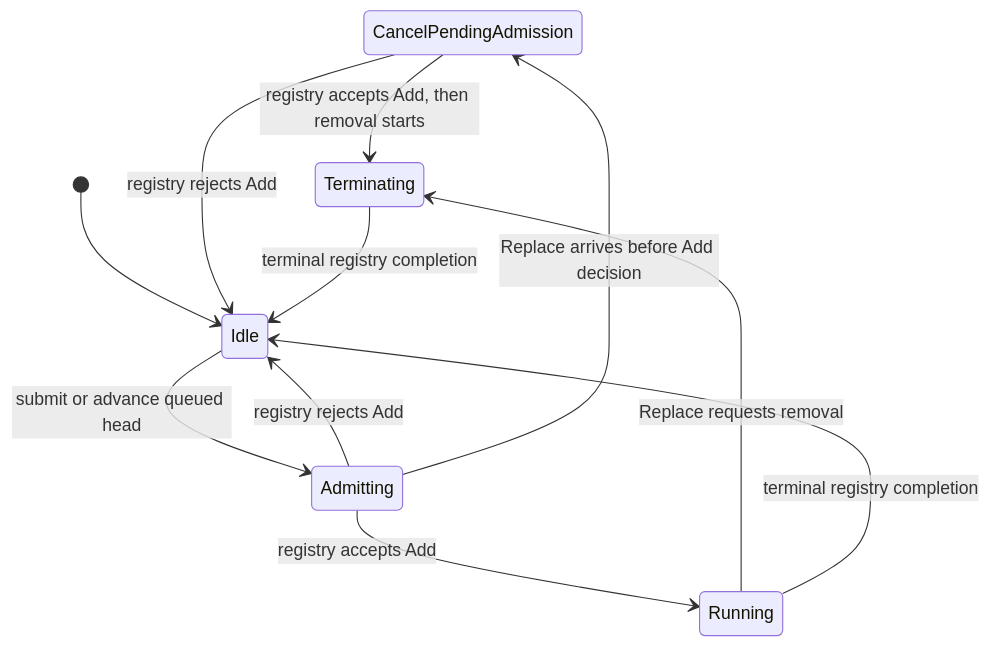
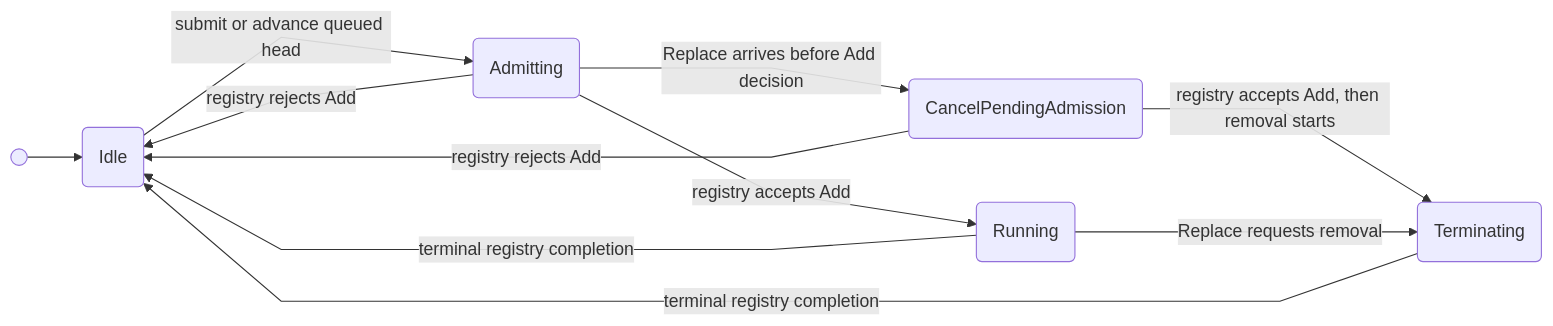
Before and after one commit to soltiHQ/taskvisor: the sixth of 7 diagrams in src/ARCHITECTURE.md, drawn with Mermaid. The commit also changed other lines of this file and 14 other files, not shown here.

````diff
--- a/src/ARCHITECTURE.md
+++ b/src/ARCHITECTURE.md
@@ -229,15 +237,21 @@
 ```mermaid
-stateDiagram-v2
-    state "CancelPendingAdmission" as CancelPending
+%%{init: {"flowchart": {"curve": "linear"}}}%%
+flowchart LR
+    Start(( ))
+    Idle("Idle")
+    Admitting("Admitting")
+    Running("Running")
+    CancelPending("CancelPendingAdmission")
+    Terminating("Terminating")
 
-    [*] --> Idle
-    Idle --> Admitting: submit or advance queued head
-    Admitting --> Running: registry accepts Add
-    Admitting --> Idle: registry rejects Add
-    Admitting --> CancelPending: Replace arrives before Add decision
-    CancelPending --> Terminating: registry accepts Add, then removal starts
-    CancelPending --> Idle: registry rejects Add
-    Running --> Terminating: Replace requests removal
-    Running --> Idle: terminal registry completion
-    Terminating --> Idle: terminal registry completion
+    Start --> Idle
+    Idle -->|submit or advance queued head| Admitting
+    Admitting -->|registry accepts Add| Running
+    Admitting -->|registry rejects Add| Idle
+    Admitting -->|Replace arrives before Add decision| CancelPending
+    CancelPending -->|registry accepts Add, then removal starts| Terminating
+    CancelPending -->|registry rejects Add| Idle
+    Running -->|Replace requests removal| Terminating
+    Running -->|terminal registry completion| Idle
+    Terminating -->|terminal registry completion| Idle
 ```
````
